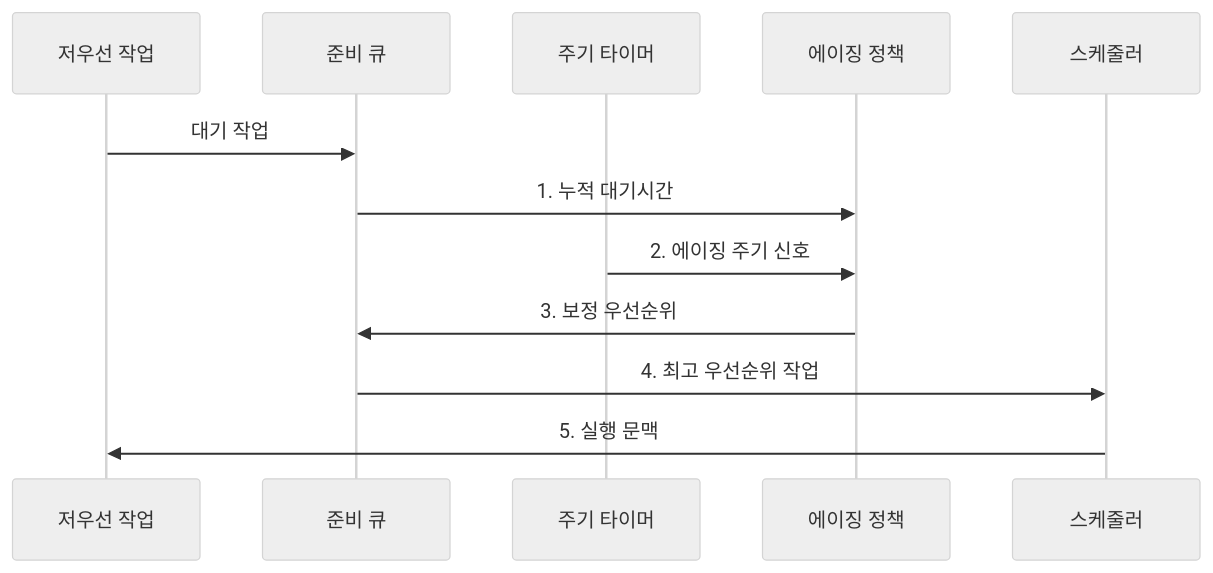
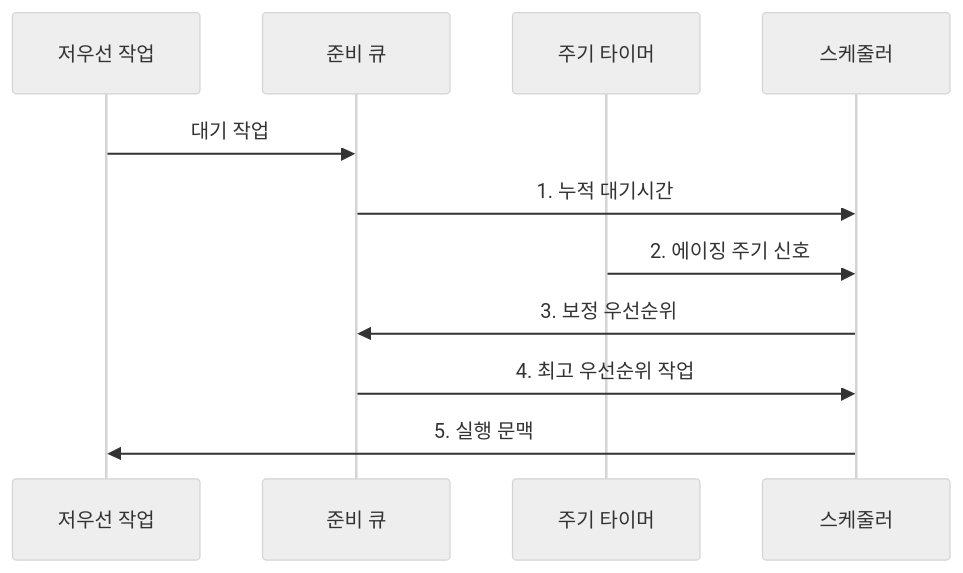
The second of 2 diagrams in src/content/docs/notes/03-software/011_starvation_aging.md (agnusdei1207/knowledge-base), drawn with Mermaid (neutral theme) before and after one commit. The commit also changed 9 other files, not shown here.

Commit message:
Simplify software execution diagrams

````diff
--- a/src/content/docs/notes/03-software/011_starvation_aging.md
+++ b/src/content/docs/notes/03-software/011_starvation_aging.md
@@ -102,14 +102,13 @@
 ```mermaid
 sequenceDiagram
     participant P as 저우선 작업
     participant Q as 준비 큐
     participant T as 주기 타이머
-    participant A as 에이징 정책
     participant S as 스케줄러
     P->>Q: 대기 작업
-    Q->>A: 1. 누적 대기시간
-    T->>A: 2. 에이징 주기 신호
-    A->>Q: 3. 보정 우선순위
+    Q->>S: 1. 누적 대기시간
+    T->>S: 2. 에이징 주기 신호
+    S->>Q: 3. 보정 우선순위
     Q->>S: 4. 최고 우선순위 작업
     S->>P: 5. 실행 문맥
 ```
````
